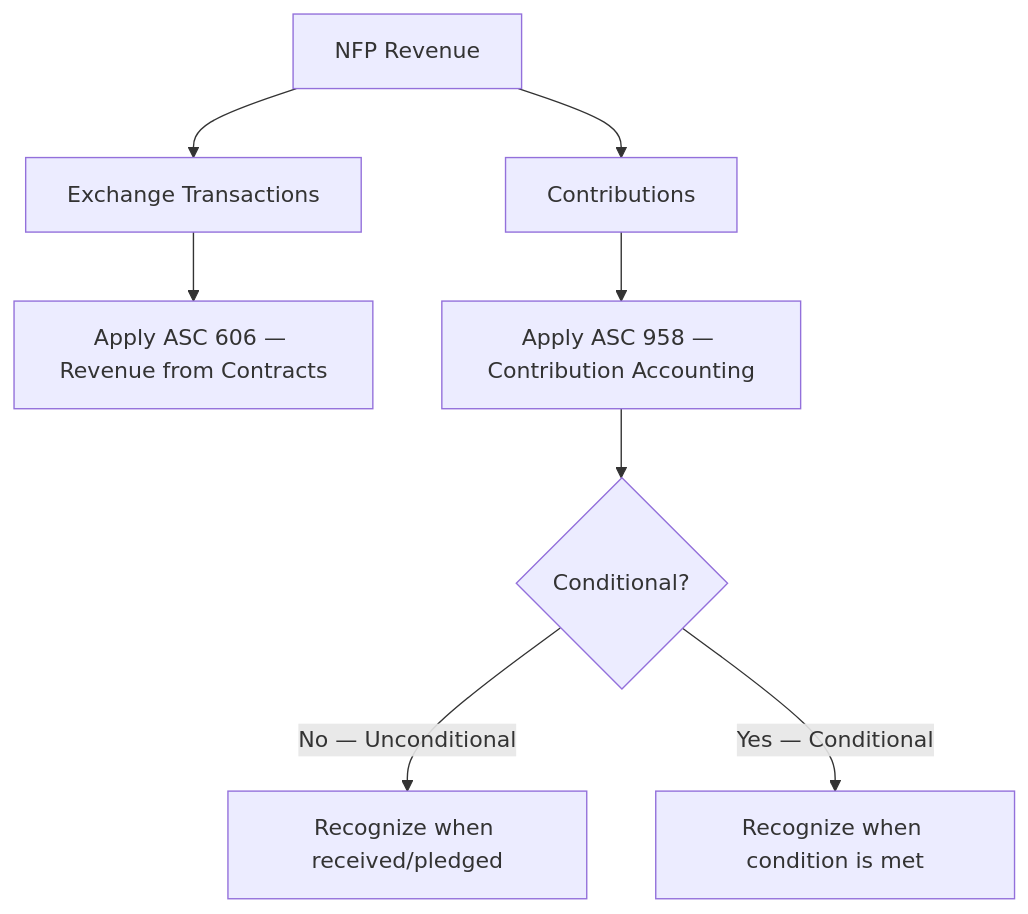
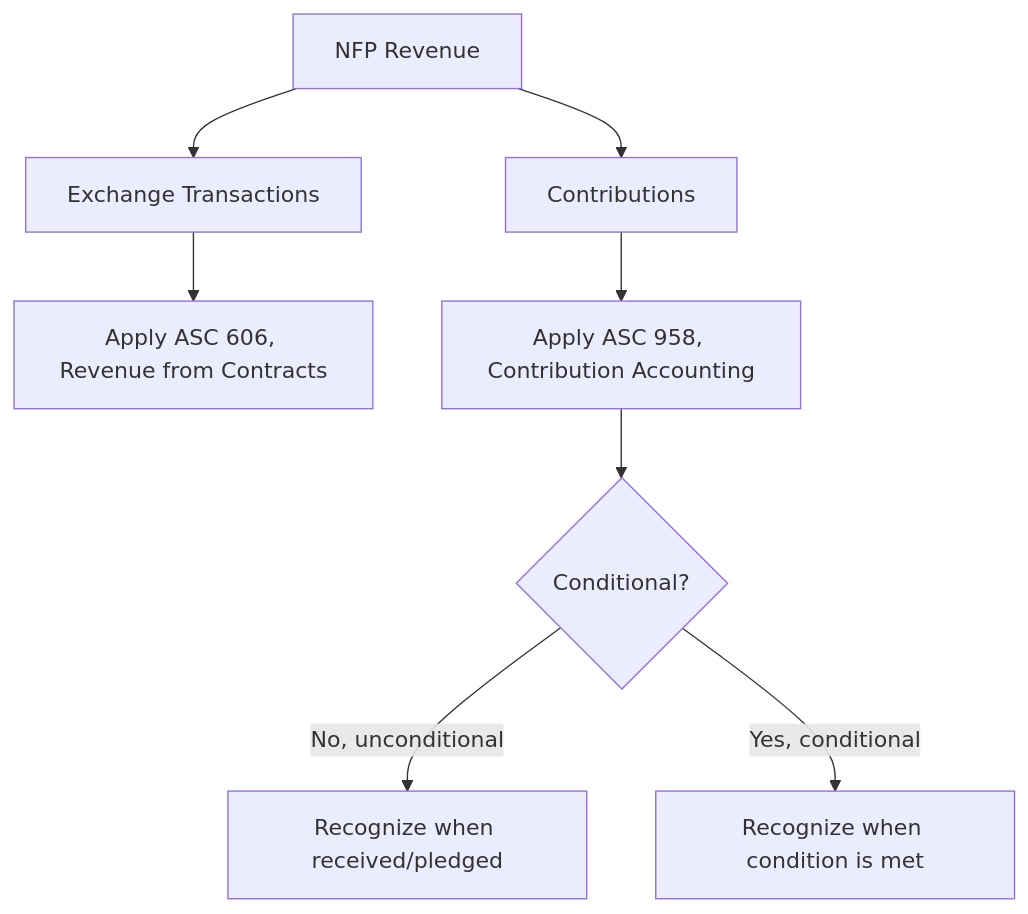
The second of 3 diagrams in docs/far/specialized-reporting/not-for-profit-accounting.md (subwaymatch/cpabear-book), drawn with Mermaid before and after one commit. The commit also changed other lines of this file and 222 other files, not shown here.

````diff
--- a/docs/far/specialized-reporting/not-for-profit-accounting.md
+++ b/docs/far/specialized-reporting/not-for-profit-accounting.md
@@ -160,10 +162,10 @@
 ```mermaid
 graph TD
     A[NFP Revenue] --> B[Exchange Transactions]
     A --> C[Contributions]
-    B --> D[Apply ASC 606 — Revenue from Contracts]
-    C --> E[Apply ASC 958 — Contribution Accounting]
+    B --> D[Apply ASC 606, Revenue from Contracts]
+    C --> E[Apply ASC 958, Contribution Accounting]
     E --> F{Conditional?}
-    F -->|No — Unconditional| G[Recognize when received/pledged]
-    F -->|Yes — Conditional| H[Recognize when condition is met]
+    F -->|No, unconditional| G[Recognize when received/pledged]
+    F -->|Yes, conditional| H[Recognize when condition is met]
 ```
````
